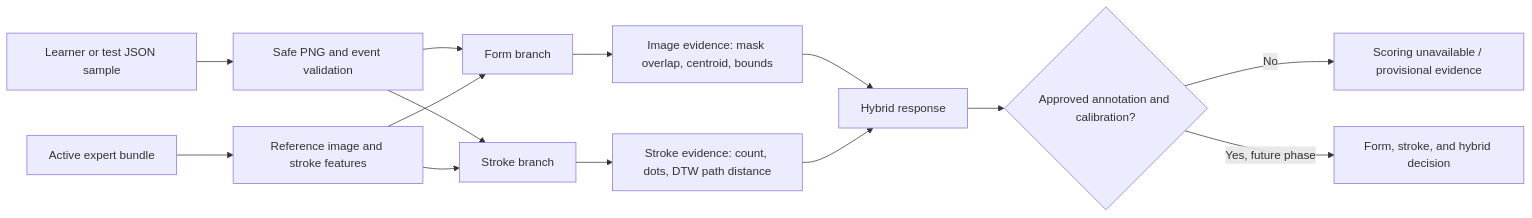
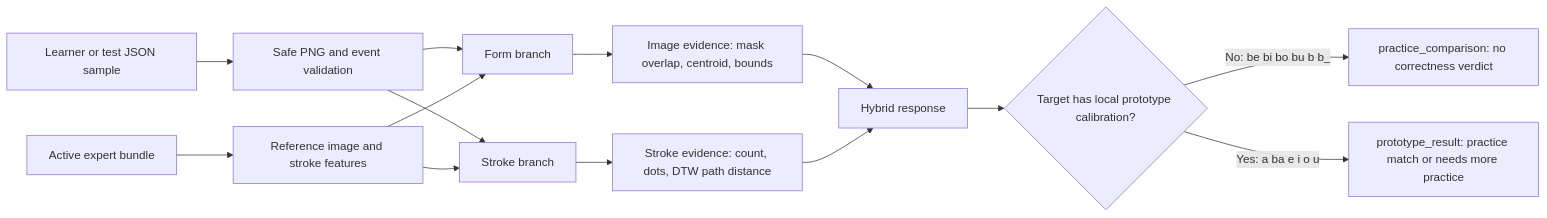
The third of 6 diagrams in app/docs/flow.md (KennethCodepuz/baybayin), drawn with Mermaid before and after one commit. The commit also changed other lines of this file and 24 other files, not shown here.

````diff
--- a/app/docs/flow.md
+++ b/app/docs/flow.md
@@ -53,16 +53,16 @@
 ```mermaid
 flowchart LR
     A[Learner or test JSON sample] --> B[Safe PNG and event validation]
     C[Active expert bundle] --> D[Reference image and stroke features]
     B --> E[Form branch]
     D --> E
     B --> F[Stroke branch]
     D --> F
     E --> G[Image evidence: mask overlap, centroid, bounds]
     F --> H[Stroke evidence: count, dots, DTW path distance]
     G --> I[Hybrid response]
     H --> I
-    I --> J{Approved annotation and calibration?}
-    J -->|No| K[Scoring unavailable / provisional evidence]
-    J -->|Yes, future phase| L[Form, stroke, and hybrid decision]
+    I --> J{Target has local prototype calibration?}
+    J -->|No: be bi bo bu b b_| K[practice_comparison: no correctness verdict]
+    J -->|Yes: a ba e i o u| L[prototype_result: practice match or needs more practice]
 ```
````
